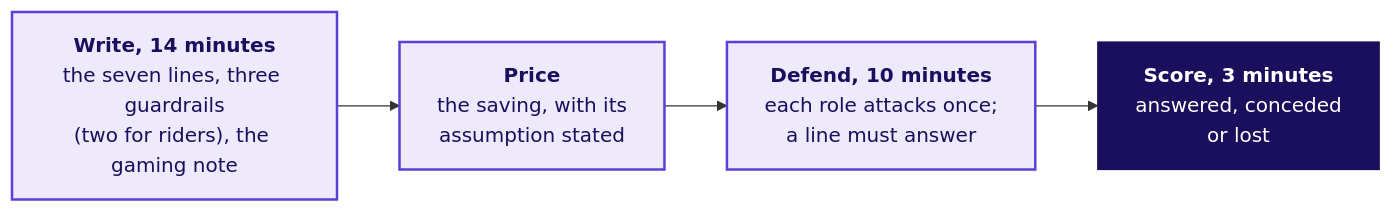
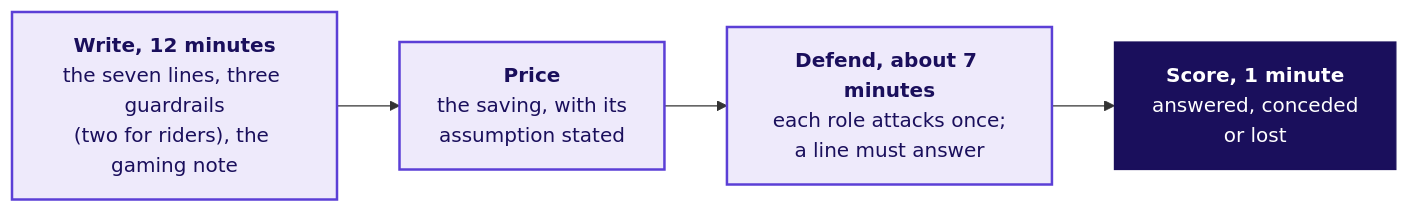
Diagram 17 of 18 in content/W04/D1/whiteboards/C2_W04_D01_board_work_STUDENT.md (fde-academy-lab/c2-content-factory), drawn with Mermaid before and after one commit. The commit also changed other lines of this file and 7 other files, not shown here.

````diff
--- a/content/W04/D1/whiteboards/C2_W04_D01_board_work_STUDENT.md
+++ b/content/W04/D1/whiteboards/C2_W04_D01_board_work_STUDENT.md
@@ -279,10 +428,10 @@
 ```mermaid
 flowchart LR
-    W["<b>Write, 14 minutes</b><br/>the seven lines, three guardrails<br/>(two for riders), the gaming note"] --> P["<b>Price</b><br/>the saving, with its<br/>assumption stated"]
-    P --> D["<b>Defend, 10 minutes</b><br/>each role attacks once;<br/>a line must answer"]
-    D --> S["<b>Score, 3 minutes</b><br/>answered, conceded<br/>or lost"]
+    W["<b>Write, 12 minutes</b><br/>the seven lines, three guardrails<br/>(two for riders), the gaming note"] --> P["<b>Price</b><br/>the saving, with its<br/>assumption stated"]
+    P --> D["<b>Defend, about 7 minutes</b><br/>each role attacks once;<br/>a line must answer"]
+    D --> S["<b>Score, 1 minute</b><br/>answered, conceded<br/>or lost"]
     classDef known fill:#EEEAFB,stroke:#5B3FD6,color:#1A0F5C,stroke-width:2px
     classDef lit fill:#1A0F5C,stroke:#1A0F5C,color:#FFFFFF
     class W,P,D known
     class S lit
 ```
````
